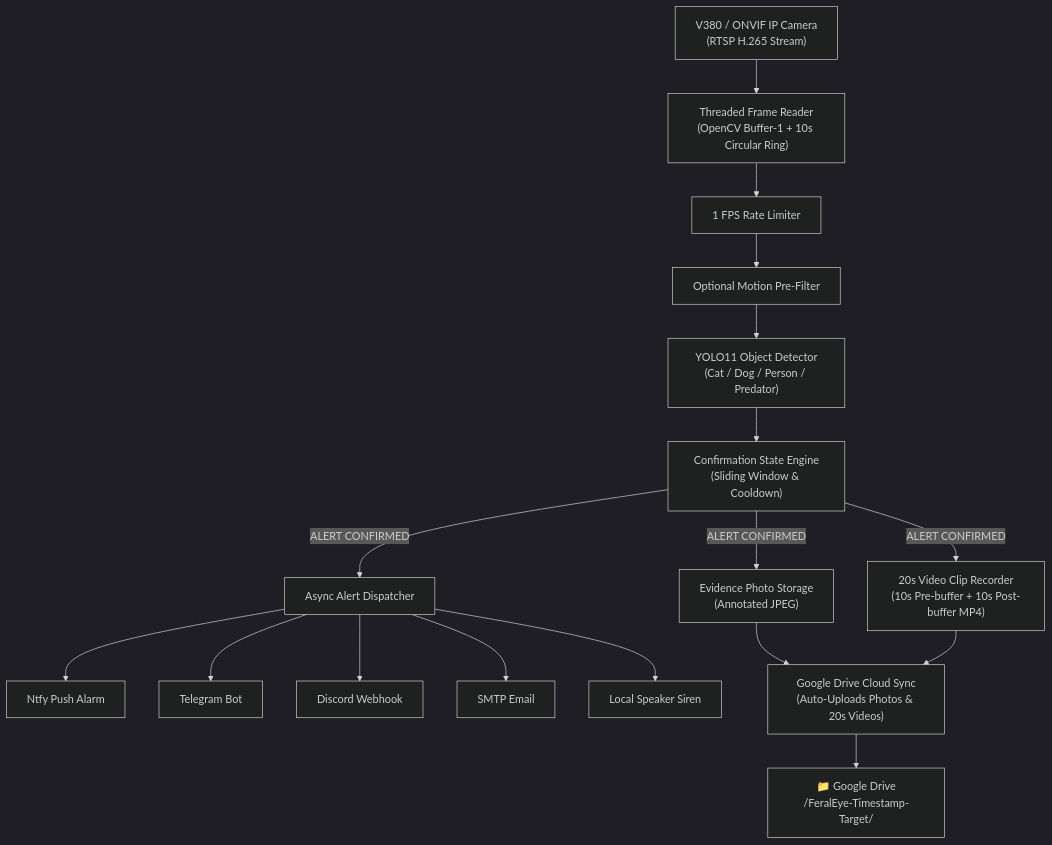
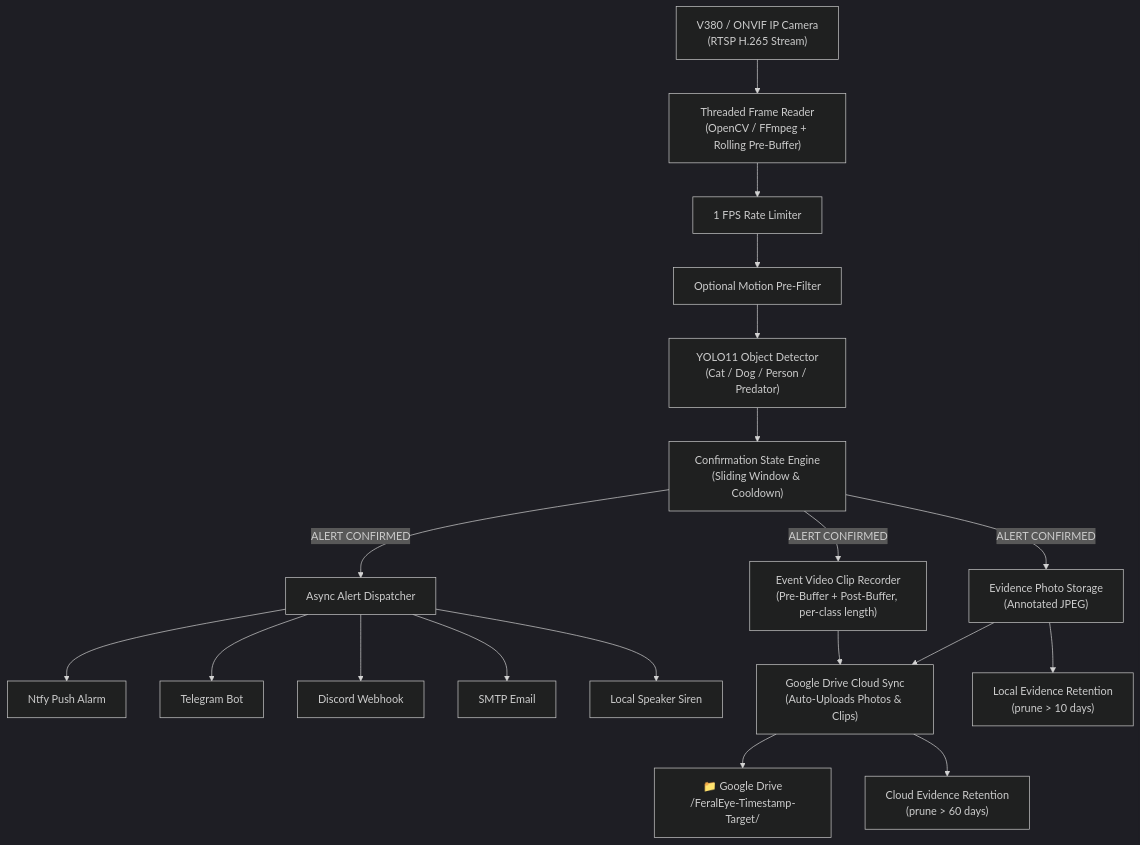
Before and after one commit to MahbbRah/FeralEye: the diagram in README.md, drawn with Mermaid (dark theme).

Commit message:
Update architecture diagram for per-class clips and retention

````diff
--- a/README.md
+++ b/README.md
@@ -29,22 +29,24 @@
 ```mermaid
 flowchart TD
-    Camera["V380 / ONVIF IP Camera\n(RTSP H.265 Stream)"] --> Reader["Threaded Frame Reader\n(OpenCV Buffer-1 + 10s Circular Ring)"]
+    Camera["V380 / ONVIF IP Camera\n(RTSP H.265 Stream)"] --> Reader["Threaded Frame Reader\n(OpenCV / FFmpeg + Rolling Pre-Buffer)"]
     Reader --> Sampler["1 FPS Rate Limiter"]
     Sampler --> Motion["Optional Motion Pre-Filter"]
     Motion --> YOLO["YOLO11 Object Detector\n(Cat / Dog / Person / Predator)"]
     YOLO --> StateEngine["Confirmation State Engine\n(Sliding Window & Cooldown)"]
     
     StateEngine -- "ALERT CONFIRMED" --> Evidence["Evidence Photo Storage\n(Annotated JPEG)"]
-    StateEngine -- "ALERT CONFIRMED" --> ClipRecorder["20s Video Clip Recorder\n(10s Pre-buffer + 10s Post-buffer MP4)"]
+    StateEngine -- "ALERT CONFIRMED" --> ClipRecorder["Event Video Clip Recorder\n(Pre-Buffer + Post-Buffer, per-class length)"]
     StateEngine -- "ALERT CONFIRMED" --> Dispatcher["Async Alert Dispatcher"]
     
     Dispatcher --> Ntfy["Ntfy Push Alarm"]
     Dispatcher --> Telegram["Telegram Bot"]
     Dispatcher --> Discord["Discord Webhook"]
     Dispatcher --> Email["SMTP Email"]
     Dispatcher --> Audio["Local Speaker Siren"]
     
-    Evidence --> GDrive["Google Drive Cloud Sync\n(Auto-Uploads Photos & 20s Videos)"]
+    Evidence --> GDrive["Google Drive Cloud Sync\n(Auto-Uploads Photos & Clips)"]
     ClipRecorder --> GDrive
     GDrive --> CloudFolder["📁 Google Drive\n/FeralEye-Timestamp-Target/"]
+    Evidence --> LocalRetention["Local Evidence Retention\n(prune > 10 days)"]
+    GDrive --> CloudRetention["Cloud Evidence Retention\n(prune > 60 days)"]
 ```
````
